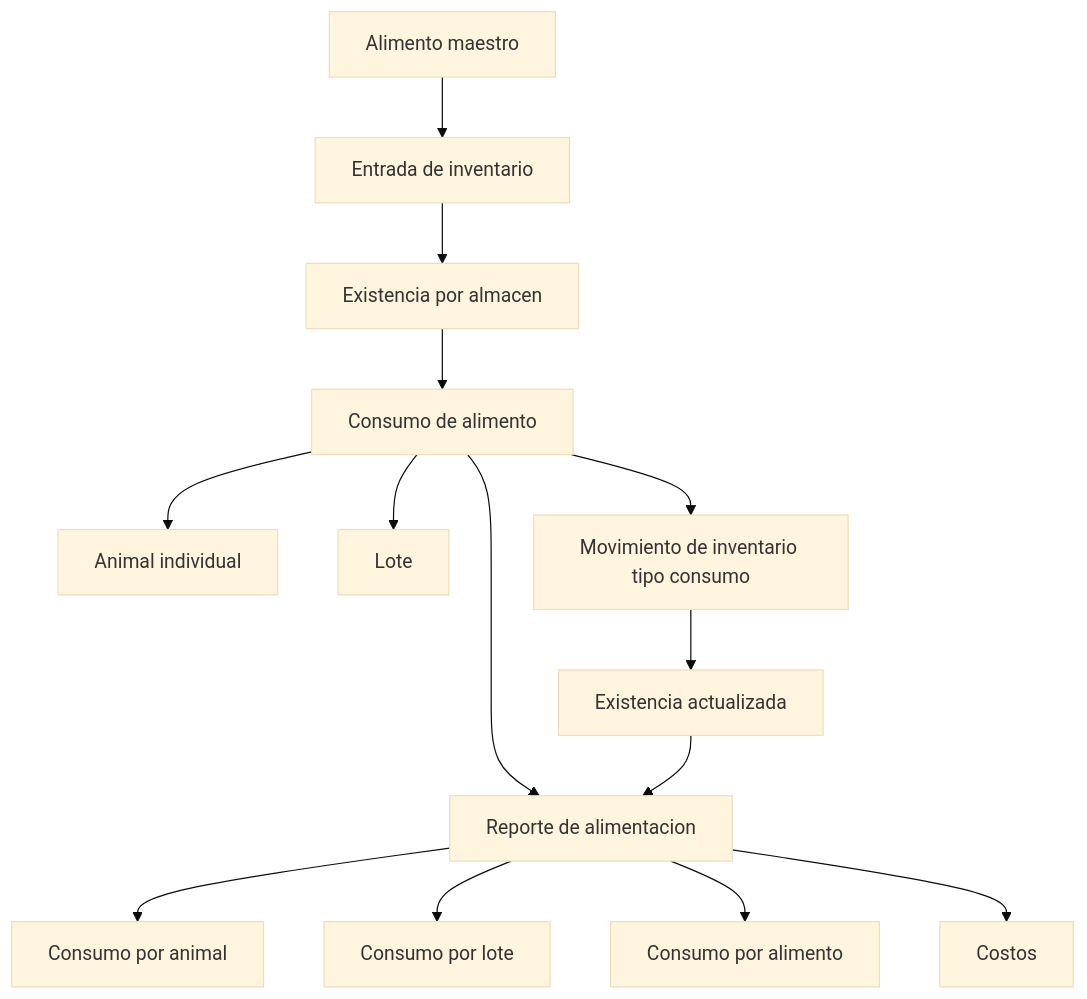
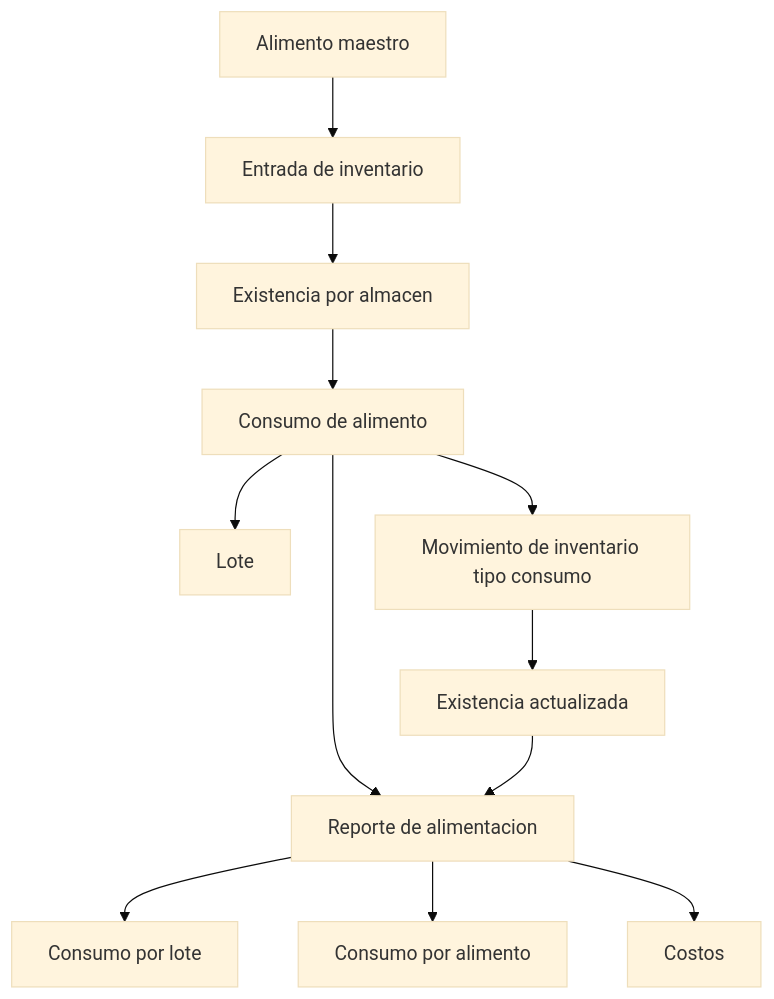
The fourth of 5 diagrams in docs/04-diagrama-flujo.md (GregorioLucena/gestion-granjas-sdd), drawn with Mermaid (base theme) before and after one commit. The commit also changed other lines of this file and 32 other files, not shown here.

````diff
--- a/docs/04-diagrama-flujo.md
+++ b/docs/04-diagrama-flujo.md
@@ -133,16 +140,14 @@
 ```mermaid
 flowchart TD
     A[Alimento maestro] --> B[Entrada de inventario]
     B --> C[Existencia por almacen]
     C --> D[Consumo de alimento]
-    D --> D1[Animal individual]
     D --> D2[Lote]
     D --> E[Movimiento de inventario tipo consumo]
     E --> F[Existencia actualizada]
     D --> G[Reporte de alimentacion]
     F --> G
-    G --> G1[Consumo por animal]
     G --> G2[Consumo por lote]
     G --> G3[Consumo por alimento]
     G --> G4[Costos]
 ```
````
